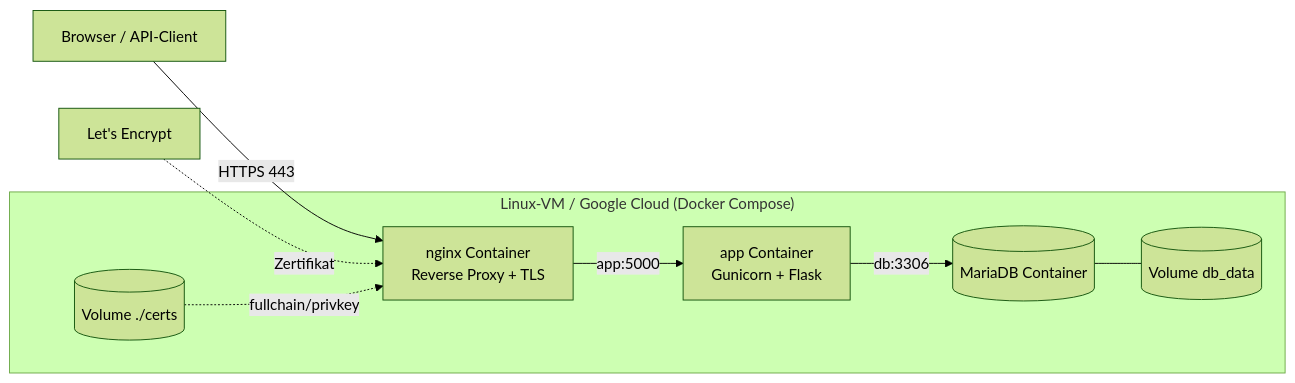
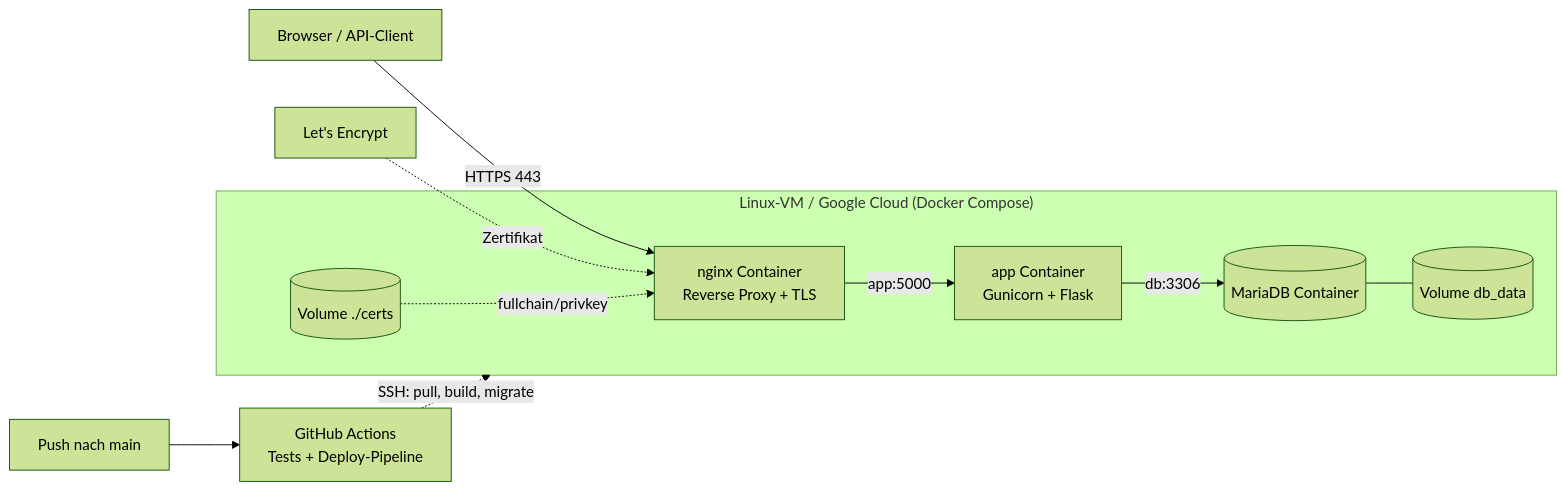
Before and after one commit to harpf/FlightDeck-DG-Hub: the fourth of 4 diagrams in docs/PRAXISARBEIT.md, drawn with Mermaid (forest theme). The commit also changed other lines of this file and 2 other files, not shown here.

First line of the commit message:
docs: document CI/CD pipeline and Flask-Migrate retrofit

````diff
--- a/docs/PRAXISARBEIT.md
+++ b/docs/PRAXISARBEIT.md
@@ -346,11 +346,13 @@
 ```mermaid
 flowchart LR
+    dev[Push nach main] --> gha[GitHub Actions\nTests + Deploy-Pipeline]
+    gha -. SSH: pull, build, migrate .-> Host
     client[Browser / API-Client] -->|HTTPS 443| nginx
     le[Let's Encrypt] -. Zertifikat .-> nginx
     subgraph Host["Linux-VM / Google Cloud (Docker Compose)"]
         nginx[nginx Container\nReverse Proxy + TLS] -->|app:5000| app[app Container\nGunicorn + Flask]
         app -->|db:3306| db[(MariaDB Container)]
         db --- vol[(Volume db_data)]
         certs[(Volume ./certs)] -. fullchain/privkey .-> nginx
     end
 ```
````
